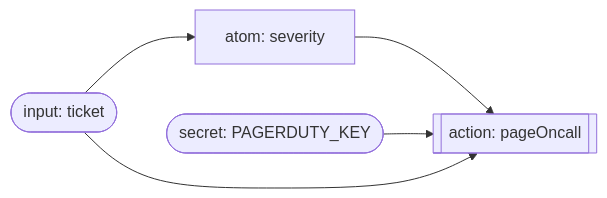
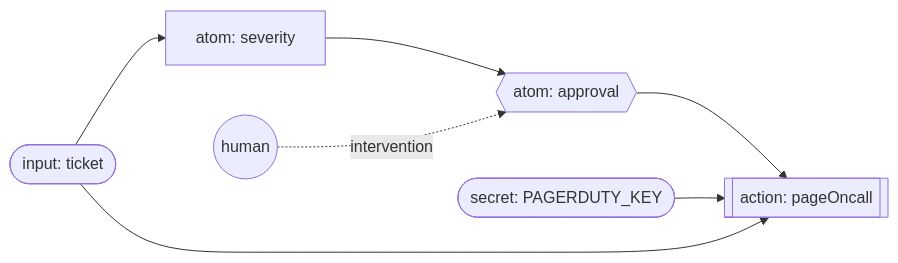
Before and after one commit to smithery-ai/partyplanner: the first of 3 diagrams in README.md, drawn with Mermaid. The commit also changed other lines of this file, not shown here.

````diff
--- a/README.md
+++ b/README.md
@@ -28,7 +40,9 @@
 ```mermaid
 flowchart LR
   ticket([input: ticket]) --> severity[atom: severity]
-  severity --> pageOncall[[action: pageOncall]]
+  severity --> approval{{atom: approval}}
+  human((human)) -.->|intervention| approval
+  approval --> pageOncall[[action: pageOncall]]
   pagerDutyKey([secret: PAGERDUTY_KEY]) --> pageOncall
   ticket --> pageOncall
 ```
````
